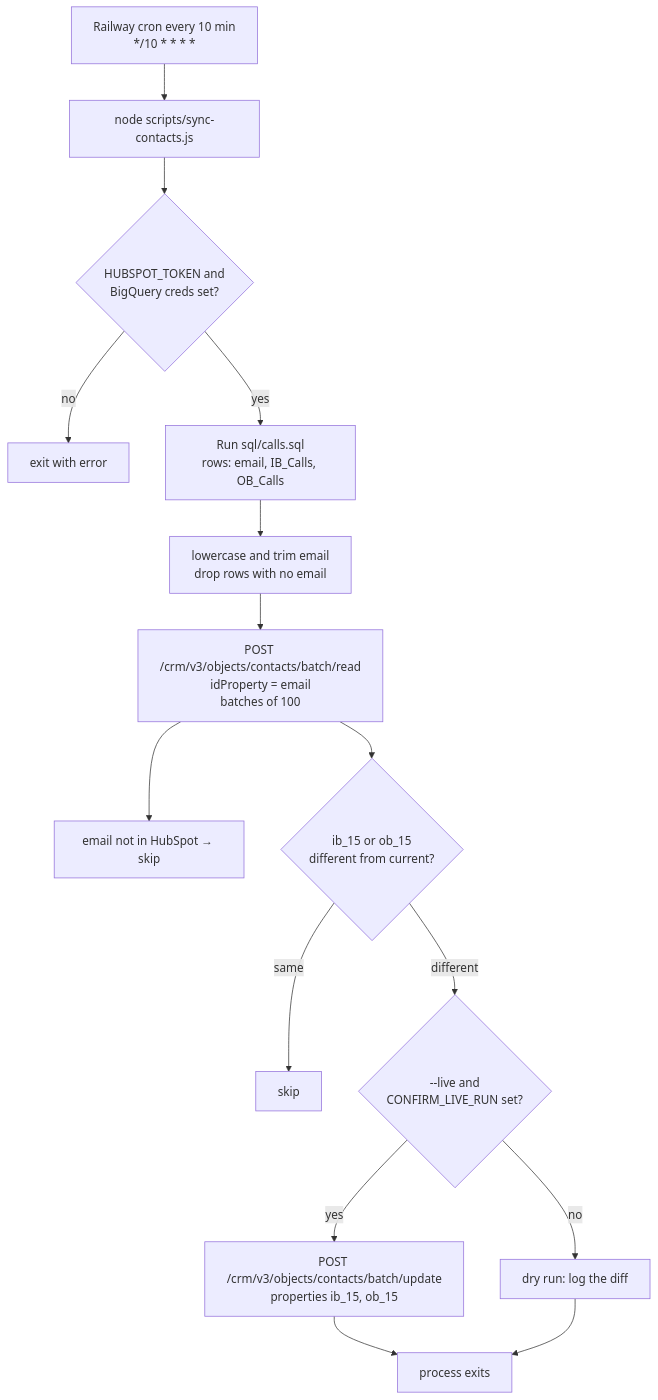
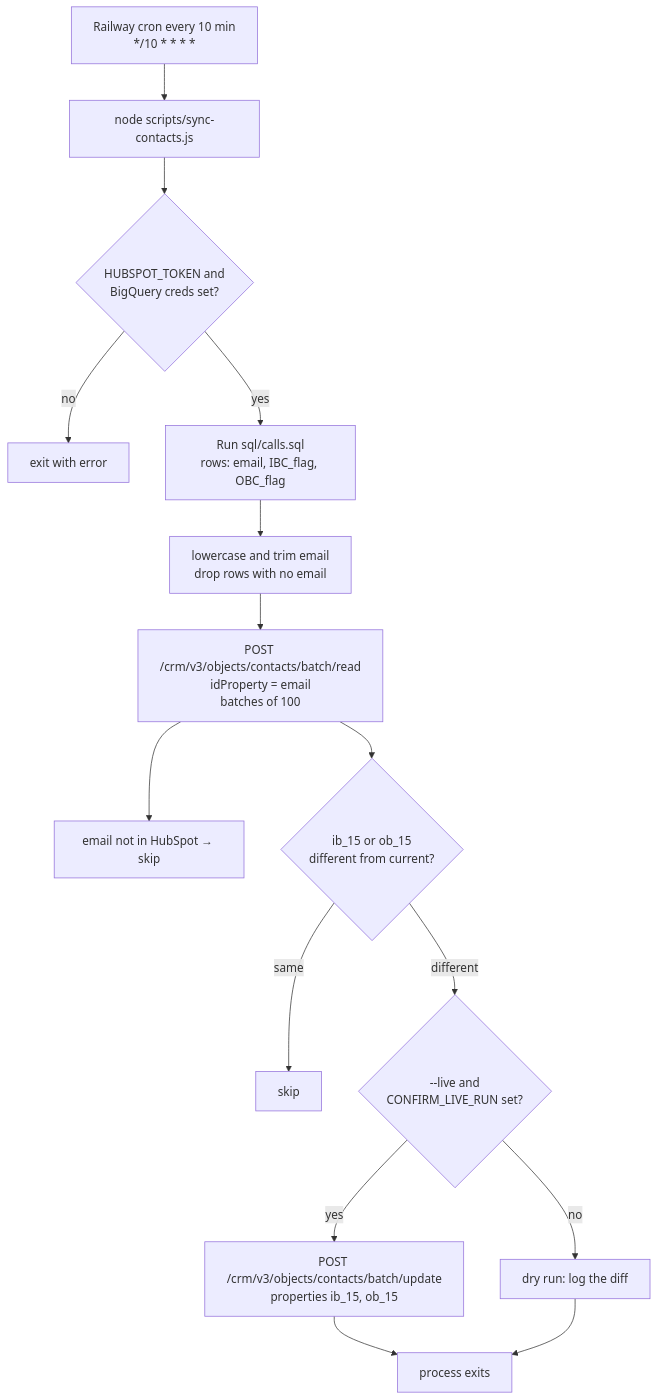
One commit to vmudit/IB-OB-Calls-sync changed the diagram in BIGQUERY_HUBSPOT_SYNC.md. Above: the diagram before and after it, drawn with Mermaid. The commit also changed other lines of this file and 1 other file, not shown here.

Commit message:
Write IBC and OBC flags into the HubSpot Yes/No contact fields.

````diff
--- a/BIGQUERY_HUBSPOT_SYNC.md
+++ b/BIGQUERY_HUBSPOT_SYNC.md
@@ -9,17 +9,17 @@
 ```mermaid
 flowchart TD
   CRON["Railway cron every 10 min<br/>*/10 * * * *"] --> SCRIPT["node scripts/sync-contacts.js"]
   SCRIPT --> ENV{"HUBSPOT_TOKEN and<br/>BigQuery creds set?"}
   ENV -->|no| EXIT1["exit with error"]
-  ENV -->|yes| SQL["Run sql/calls.sql<br/>rows: email, IB_Calls, OB_Calls"]
+  ENV -->|yes| SQL["Run sql/calls.sql<br/>rows: email, IBC_flag, OBC_flag"]
   SQL --> NORM["lowercase and trim email<br/>drop rows with no email"]
   NORM --> READ["POST /crm/v3/objects/contacts/batch/read<br/>idProperty = email<br/>batches of 100"]
   READ --> MISS["email not in HubSpot → skip"]
   READ --> DIFF{"ib_15 or ob_15<br/>different from current?"}
   DIFF -->|same| SKIP["skip"]
   DIFF -->|different| GATE{"--live and<br/>CONFIRM_LIVE_RUN set?"}
   GATE -->|no| LOG["dry run: log the diff"]
   GATE -->|yes| PATCH["POST /crm/v3/objects/contacts/batch/update<br/>properties ib_15, ob_15"]
   PATCH --> DONE["process exits"]
   LOG --> DONE
 ```
````
